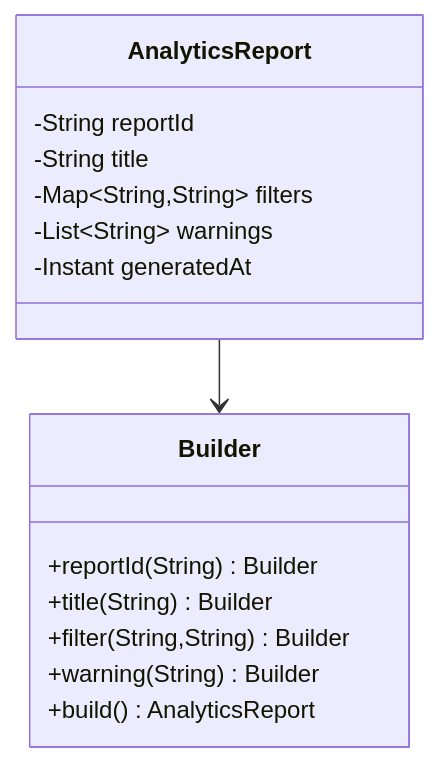
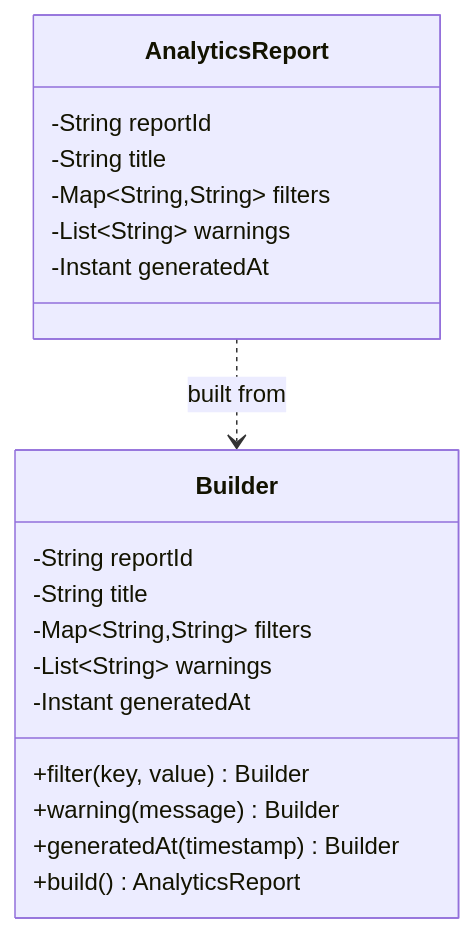
One commit to sandeepbhardwaj/sandeepbhardwaj.github.io changed the diagram in _posts/2025-12-06-builder-pattern-java-report-assembly.md. Above: the diagram before and after it, drawn with Mermaid. The commit also changed other lines of this file and 40 other files, not shown here.

````diff
--- a/_posts/2025-12-06-builder-pattern-java-report-assembly.md
+++ b/_posts/2025-12-06-builder-pattern-java-report-assembly.md
@@ -55,18 +163,23 @@
 ```mermaid
 classDiagram
     class AnalyticsReport {
       -String reportId
       -String title
       -Map~String,String~ filters
       -List~String~ warnings
       -Instant generatedAt
     }
     class Builder {
-      +reportId(String) Builder
-      +title(String) Builder
-      +filter(String,String) Builder
-      +warning(String) Builder
+      -String reportId
+      -String title
+      -Map~String,String~ filters
+      -List~String~ warnings
+      -Instant generatedAt
+      +filter(key, value) Builder
+      +warning(message) Builder
+      +generatedAt(timestamp) Builder
       +build() AnalyticsReport
     }
-    AnalyticsReport --> Builder
+
+    AnalyticsReport ..> Builder : built from
 ```
````
